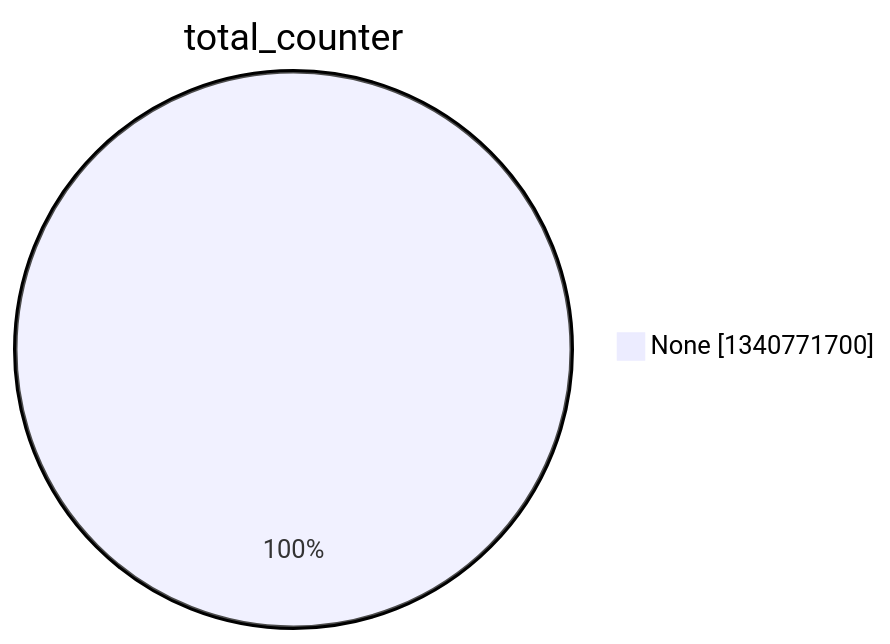
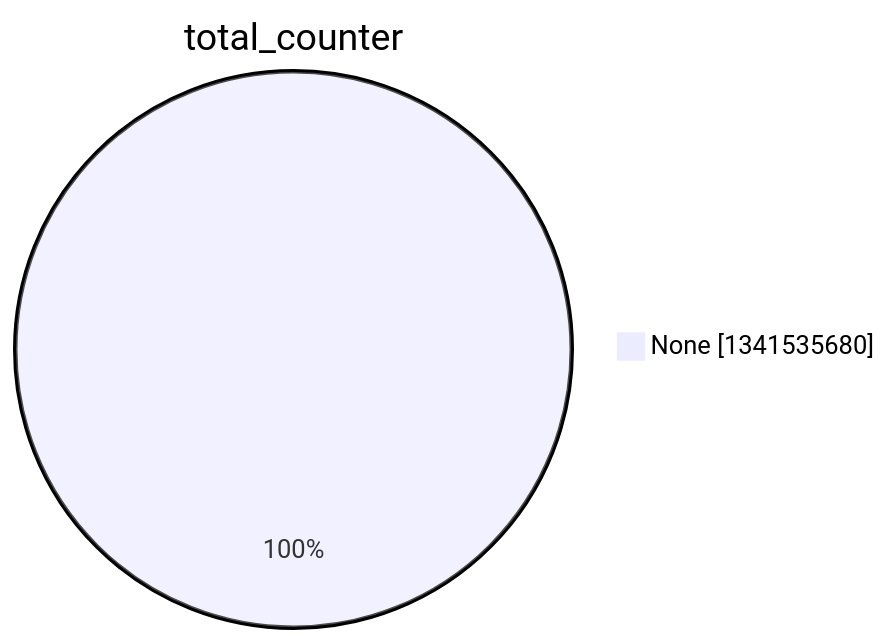
The second of 15 diagrams in argon2022/README.md (christiankrug/ctmonitor_visualization), drawn with Mermaid before and after one commit. The commit also changed other lines of this file, not shown here.

````diff
--- a/argon2022/README.md
+++ b/argon2022/README.md
@@ -9,5 +9,5 @@
 ```mermaid
 pie showData
 title total_counter
-"None" :1340771700
+"None" :1341535680
 ```
````
